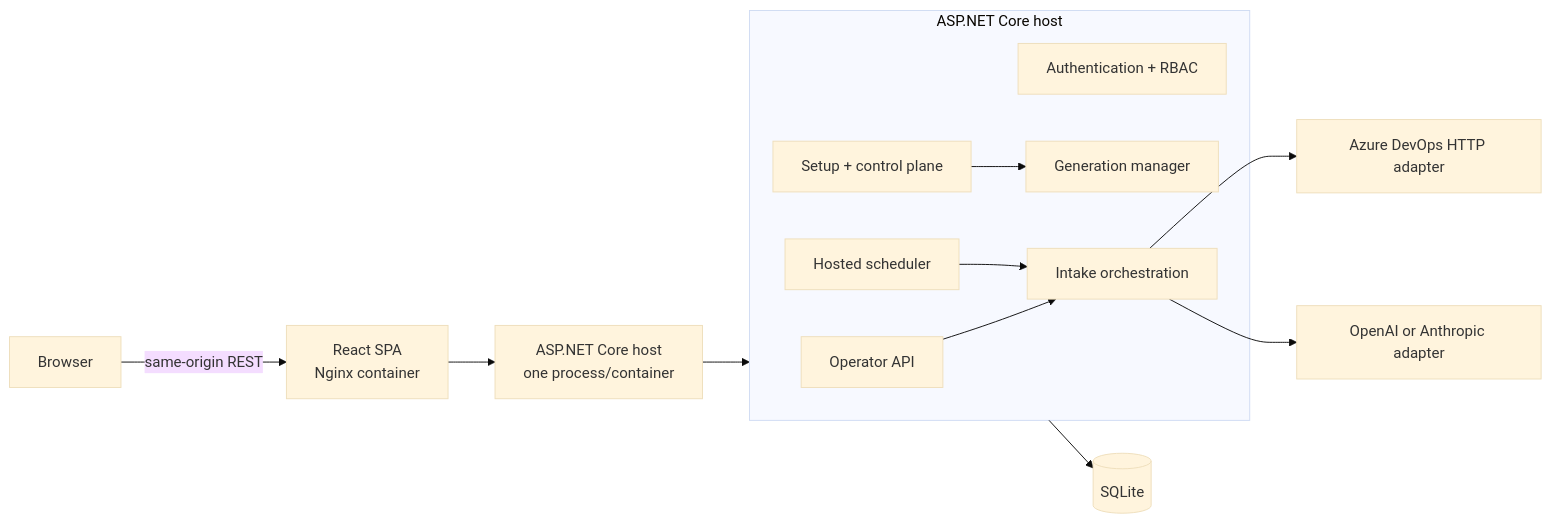
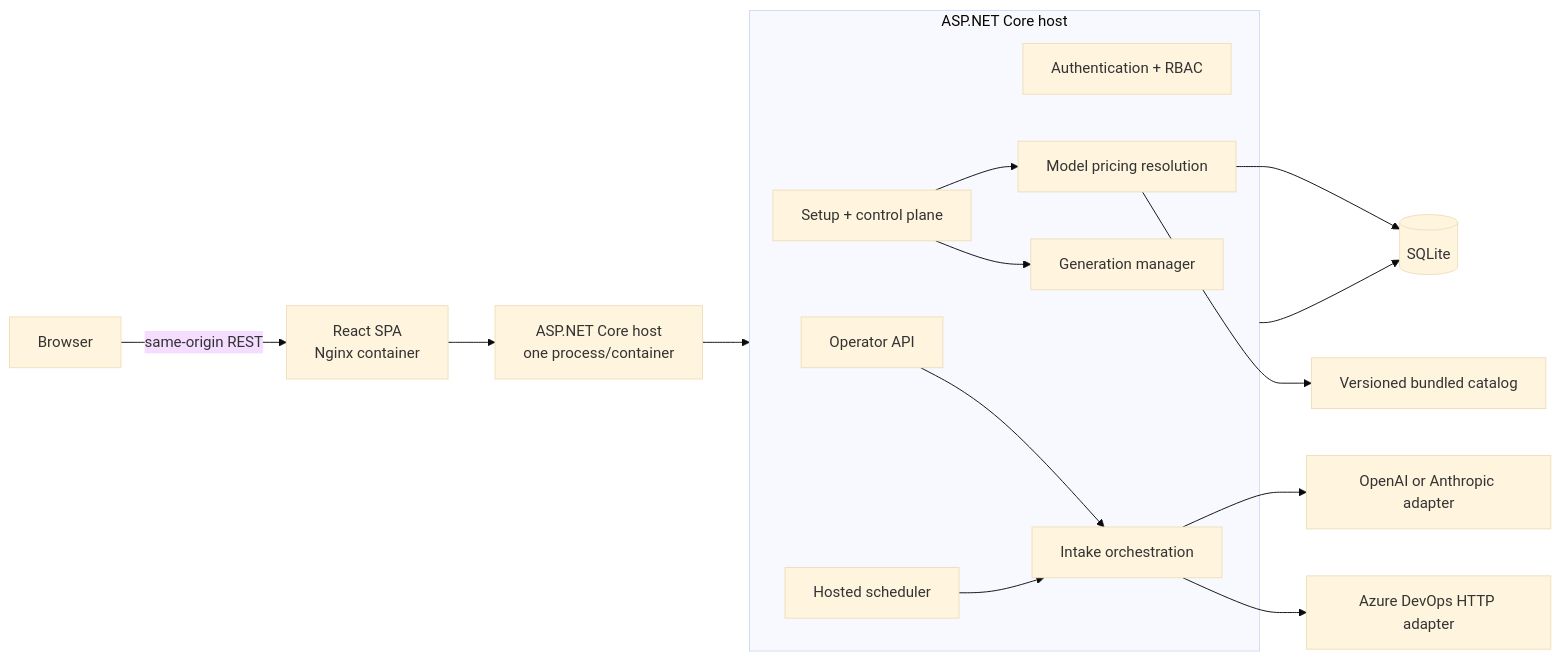
One commit to pbushan/engineering-intake-gate changed the first of 2 diagrams in docs/ARCHITECTURE.md. Above: the diagram before and after it, drawn with Mermaid (base theme). The commit also changed other lines of this file and 26 other files, not shown here.

Commit message:
feat: add AI model pricing discovery

````diff
--- a/docs/ARCHITECTURE.md
+++ b/docs/ARCHITECTURE.md
@@ -13,22 +13,26 @@
 ```mermaid
 flowchart LR
     Browser -->|same-origin REST| Web[React SPA\nNginx container]
     Web --> Host[ASP.NET Core host\none process/container]
 
     subgraph HostBoundary[ASP.NET Core host]
       API[Operator API]
       Auth[Authentication + RBAC]
       Setup[Setup + control plane]
+      Pricing[Model pricing resolution]
       Runtime[Generation manager]
       Scheduler[Hosted scheduler]
       Engine[Intake orchestration]
       API --> Engine
       Setup --> Runtime
+      Setup --> Pricing
       Scheduler --> Engine
     end
 
     Host --> HostBoundary
     HostBoundary --> SQLite[(SQLite)]
+    Pricing --> Catalog[Versioned bundled catalog]
+    Pricing --> SQLite
     Engine --> ADO[Azure DevOps HTTP adapter]
     Engine --> AI[OpenAI or Anthropic adapter]
 ```
````
